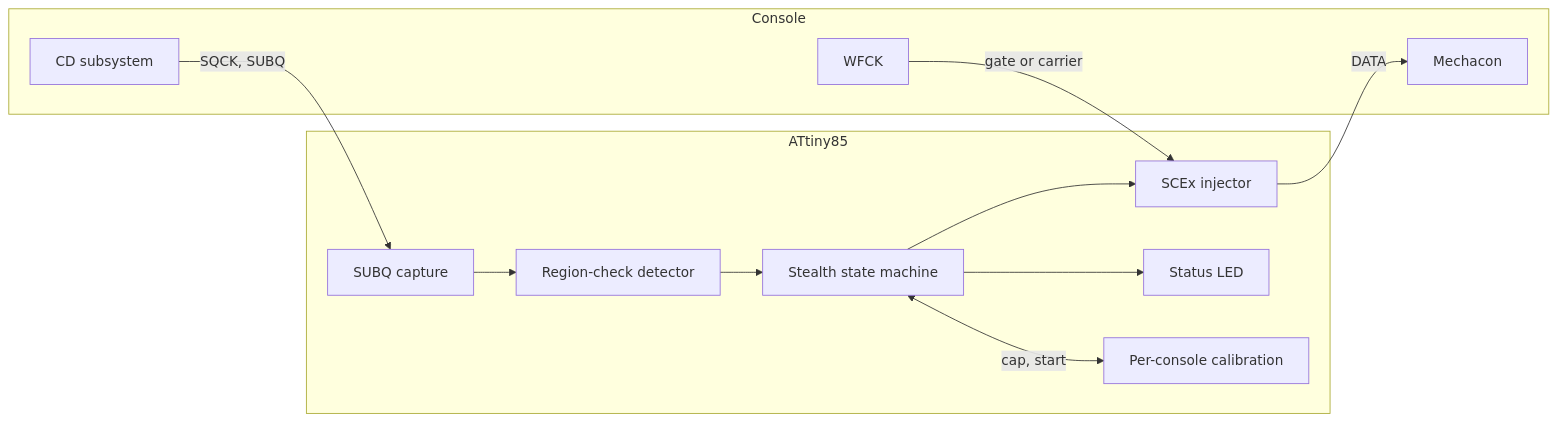
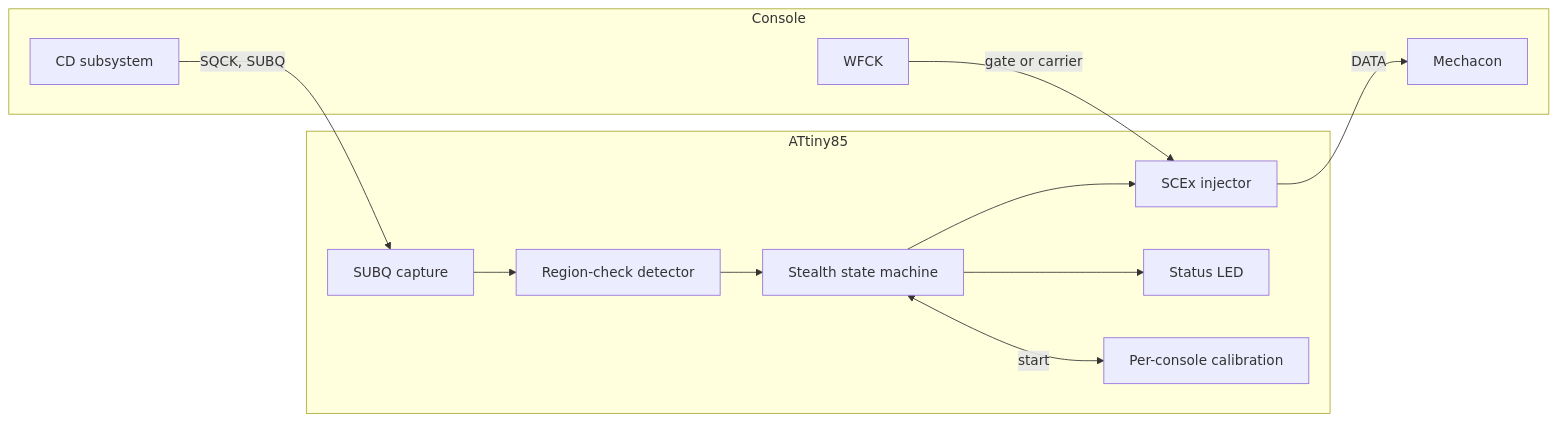
One commit to gufranco/openscex-modchip changed the diagram in README.md. Above: the diagram before and after it, drawn with Mermaid. The commit also changed other lines of this file and 26 other files, not shown here.

````diff
--- a/README.md
+++ b/README.md
@@ -205,22 +205,22 @@
 ```mermaid
 graph LR
     subgraph Console
         CD[CD subsystem]
         WF[WFCK]
         MECH[Mechacon]
     end
     subgraph ATtiny85
         CAP[SUBQ capture]
         DET[Region-check detector]
         ST[Stealth state machine]
         INJ[SCEx injector]
         LED[Status LED]
         CAL[Per-console calibration]
     end
     CD -->|SQCK, SUBQ| CAP
     CAP --> DET --> ST --> INJ
     ST --> LED
-    ST <-->|cap, start| CAL
+    ST <-->|start| CAL
     WF -->|gate or carrier| INJ
     INJ -->|DATA| MECH
 ```
````
